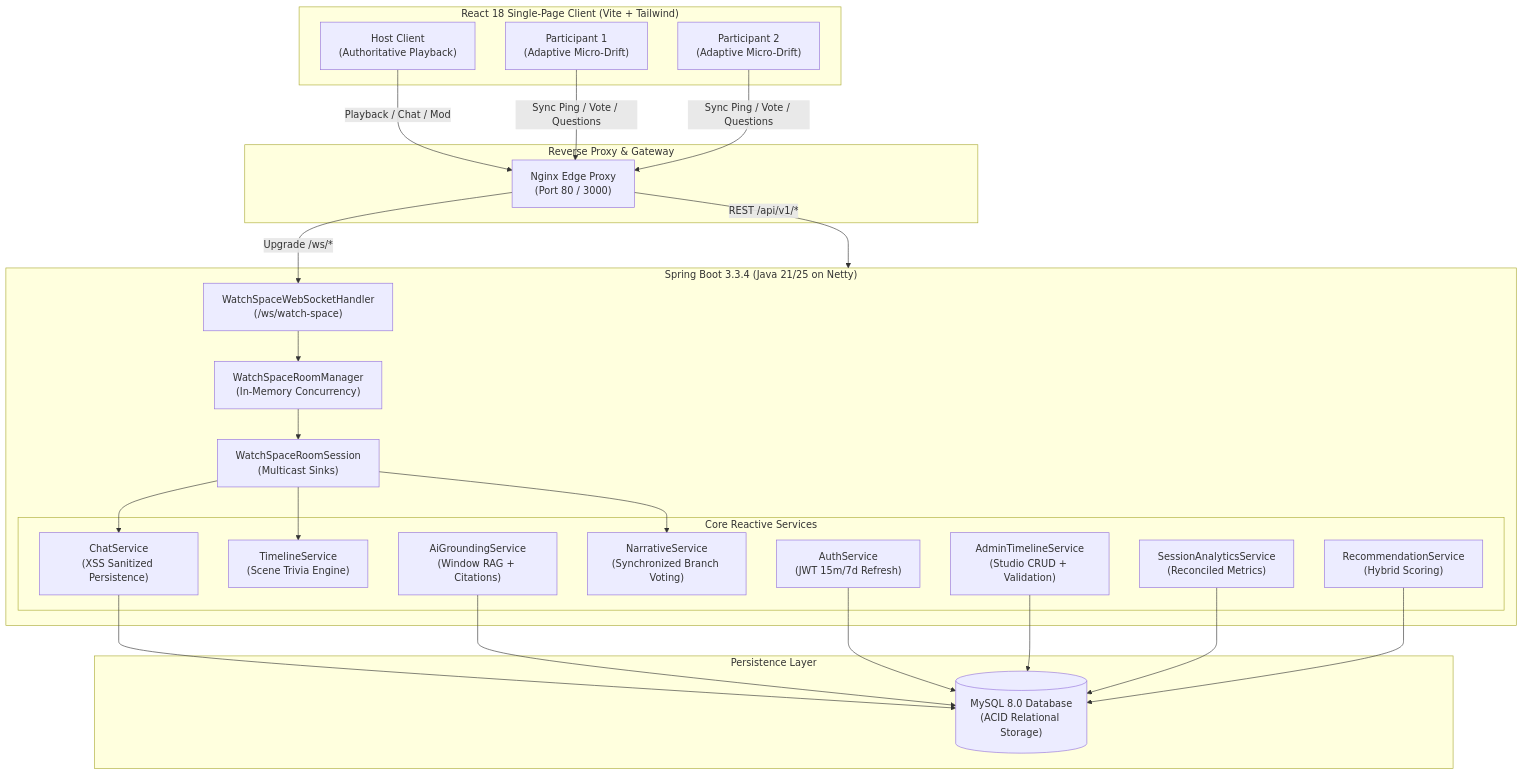
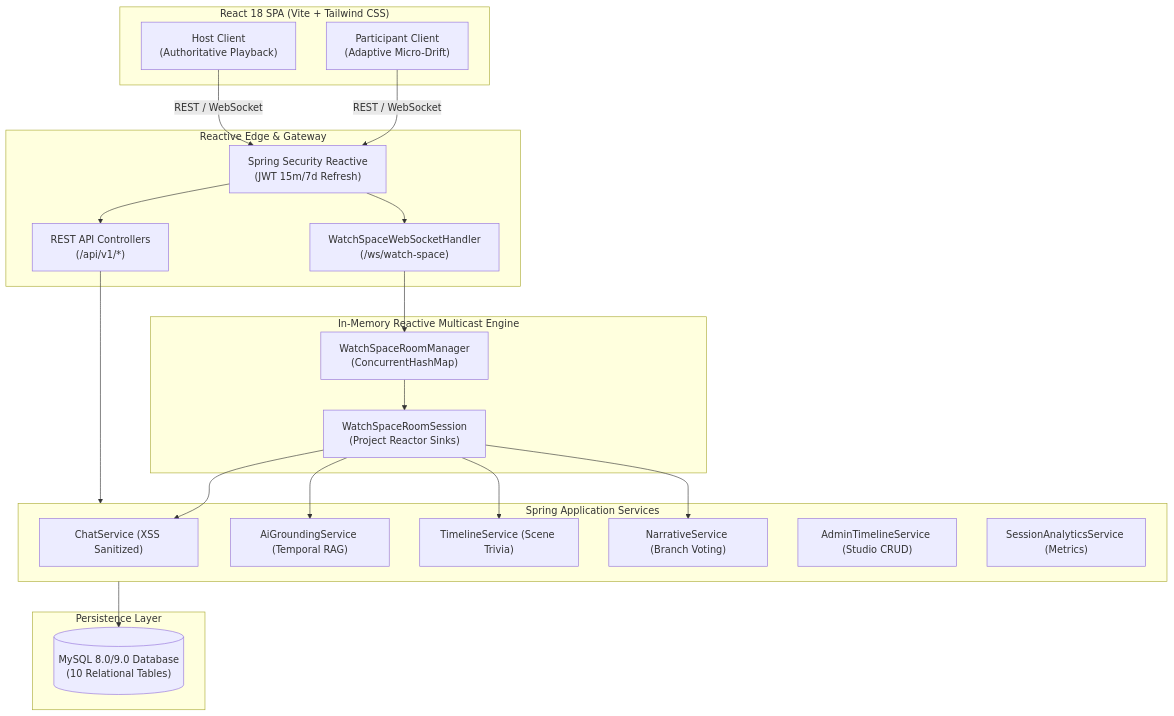
Before and after one commit to Ritiksadhgit/Netflix-AI-Watch-Spaces: the diagram in README.md, drawn with Mermaid. The commit also changed other lines of this file and 11 other files, not shown here.

````diff
--- a/README.md
+++ b/README.md
@@ -17,53 +30,48 @@
 ```mermaid
 flowchart TD
-    subgraph Clients["React 18 Single-Page Client (Vite + Tailwind)"]
+    subgraph Clients["React 18 SPA (Vite + Tailwind CSS)"]
         HostUI["Host Client\n(Authoritative Playback)"]
-        ViewerUI1["Participant 1\n(Adaptive Micro-Drift)"]
-        ViewerUI2["Participant 2\n(Adaptive Micro-Drift)"]
+        ViewerUI["Participant Client\n(Adaptive Micro-Drift)"]
     end
 
-    subgraph Edge["Reverse Proxy & Gateway"]
-        Nginx["Nginx Edge Proxy\n(Port 80 / 3000)"]
+    subgraph Edge["Reactive Edge & Gateway"]
+        Security["Spring Security Reactive\n(JWT 15m/7d Refresh)"]
+        WSH["WatchSpaceWebSocketHandler\n(/ws/watch-space)"]
+        REST["REST API Controllers\n(/api/v1/*)"]
     end
 
-    subgraph Backend["Spring Boot 3.3.4 (Java 21/25 on Netty)"]
-        WSH["WatchSpaceWebSocketHandler\n(/ws/watch-space)"]
-        RM["WatchSpaceRoomManager\n(In-Memory Concurrency)"]
-        RS["WatchSpaceRoomSession\n(Multicast Sinks)"]
-        
-        subgraph Services["Core Reactive Services"]
-            AuthSvc["AuthService\n(JWT 15m/7d Refresh)"]
-            ChatSvc["ChatService\n(XSS Sanitized Persistence)"]
-            AISvc["AiGroundingService\n(Window RAG + Citations)"]
-            TriviaSvc["TimelineService\n(Scene Trivia Engine)"]
-            NarrativeSvc["NarrativeService\n(Synchronized Branch Voting)"]
-            AdminSvc["AdminTimelineService\n(Studio CRUD + Validation)"]
-            AnalyticsSvc["SessionAnalyticsService\n(Reconciled Metrics)"]
-            RecSvc["RecommendationService\n(Hybrid Scoring)"]
-        end
+    subgraph Engine["In-Memory Reactive Multicast Engine"]
+        RM["WatchSpaceRoomManager\n(ConcurrentHashMap)"]
+        RS["WatchSpaceRoomSession\n(Project Reactor Sinks)"]
+    end
+
+    subgraph CoreServices["Spring Application Services"]
+        ChatSvc["ChatService (XSS Sanitized)"]
+        AISvc["AiGroundingService (Temporal RAG)"]
+        TimelineSvc["TimelineService (Scene Trivia)"]
+        NarrativeSvc["NarrativeService (Branch Voting)"]
+        AdminSvc["AdminTimelineService (Studio CRUD)"]
+        AnalyticsSvc["SessionAnalyticsService (Metrics)"]
     end
 
     subgraph Storage["Persistence Layer"]
-        MySQL[("MySQL 8.0 Database\n(ACID Relational Storage)")]
+        MySQL[("MySQL 8.0/9.0 Database\n(10 Relational Tables)")]
     end
 
-    HostUI -->|Playback / Chat / Mod| Nginx
-    ViewerUI1 -->|Sync Ping / Vote / Questions| Nginx
-    ViewerUI2 -->|Sync Ping / Vote / Questions| Nginx
+    HostUI -->|REST / WebSocket| Security
+    ViewerUI -->|REST / WebSocket| Security
 
-    Nginx -->|REST /api/v1/*| Backend
-    Nginx -->|Upgrade /ws/*| WSH
+    Security --> REST
+    Security --> WSH
 
     WSH --> RM
     RM --> RS
+
     RS --> ChatSvc
-    RS --> TriviaSvc
+    RS --> AISvc
+    RS --> TimelineSvc
     RS --> NarrativeSvc
 
-    ChatSvc --> MySQL
-    AuthSvc --> MySQL
-    AdminSvc --> MySQL
-    AnalyticsSvc --> MySQL
-    RecSvc --> MySQL
-    AISvc --> MySQL
+    REST --> CoreServices
+    CoreServices --> MySQL
 ```
````
